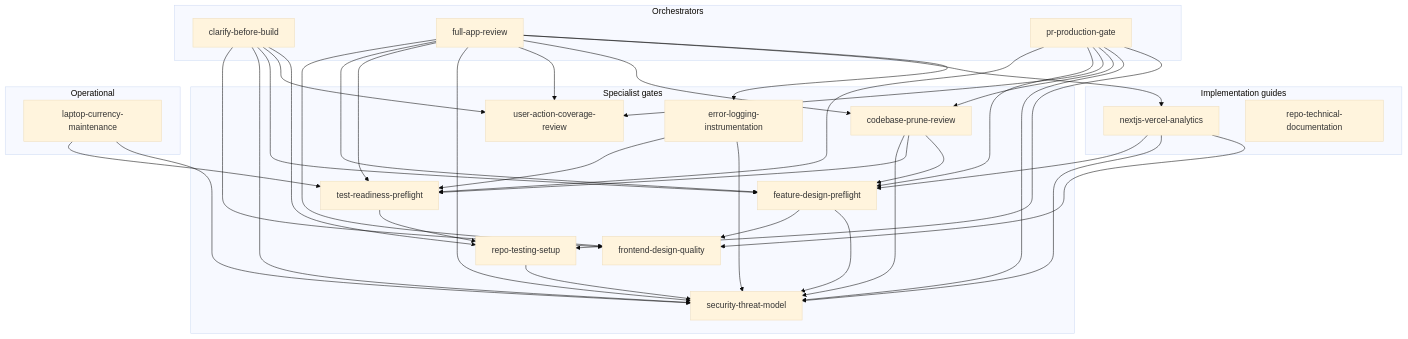
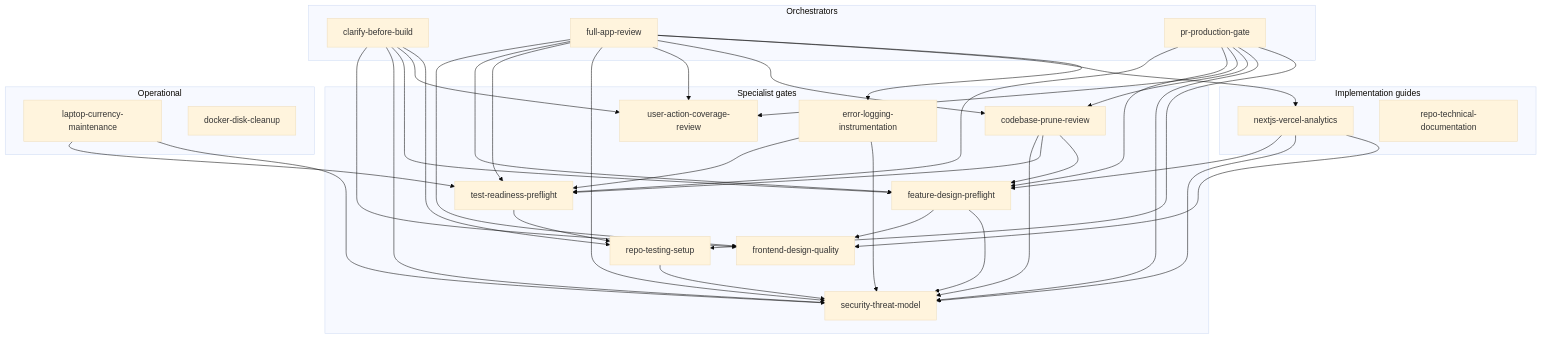
The diagram in docs/skill-graph.md (jimtin/production-ai), drawn with Mermaid (base theme) before and after one commit. The commit also changed 11 other files, not shown here.

Commit message:
Add Docker disk cleanup skill

````diff
--- a/docs/skill-graph.md
+++ b/docs/skill-graph.md
@@ -7,59 +7,60 @@
 ```mermaid
 graph TD
     subgraph Orchestrators
         CBB[clarify-before-build]
         FAR[full-app-review]
         PRG[pr-production-gate]
     end
     subgraph Specialist gates
         FDP[feature-design-preflight]
         FDQ[frontend-design-quality]
         TRP[test-readiness-preflight]
         UAC[user-action-coverage-review]
         CPR[codebase-prune-review]
         RTS[repo-testing-setup]
         ELI[error-logging-instrumentation]
         STM[security-threat-model]
     end
     subgraph Implementation guides
         NVA[nextjs-vercel-analytics]
         RTD[repo-technical-documentation]
     end
     subgraph Operational
         LCM[laptop-currency-maintenance]
+        DDC[docker-disk-cleanup]
     end
 
     CBB --> FDQ
     CBB --> STM
     CBB --> FDP
     CBB --> UAC
     CBB --> RTS
     FAR --> FDQ
     FAR --> FDP
     FAR --> TRP
     FAR --> STM
     FAR --> UAC
     FAR --> CPR
     FAR --> NVA
     FAR --> ELI
     PRG --> TRP
     PRG --> FDP
     PRG --> UAC
     PRG --> CPR
     PRG --> STM
     PRG --> RTS
     TRP --> RTS
     RTS --> STM
     CPR --> STM
     CPR --> TRP
     CPR --> FDP
     FDP --> FDQ
     FDP --> STM
     NVA --> FDP
     NVA --> STM
     NVA --> FDQ
     ELI --> TRP
     ELI --> STM
     LCM --> TRP
     LCM --> STM
 ```
````
